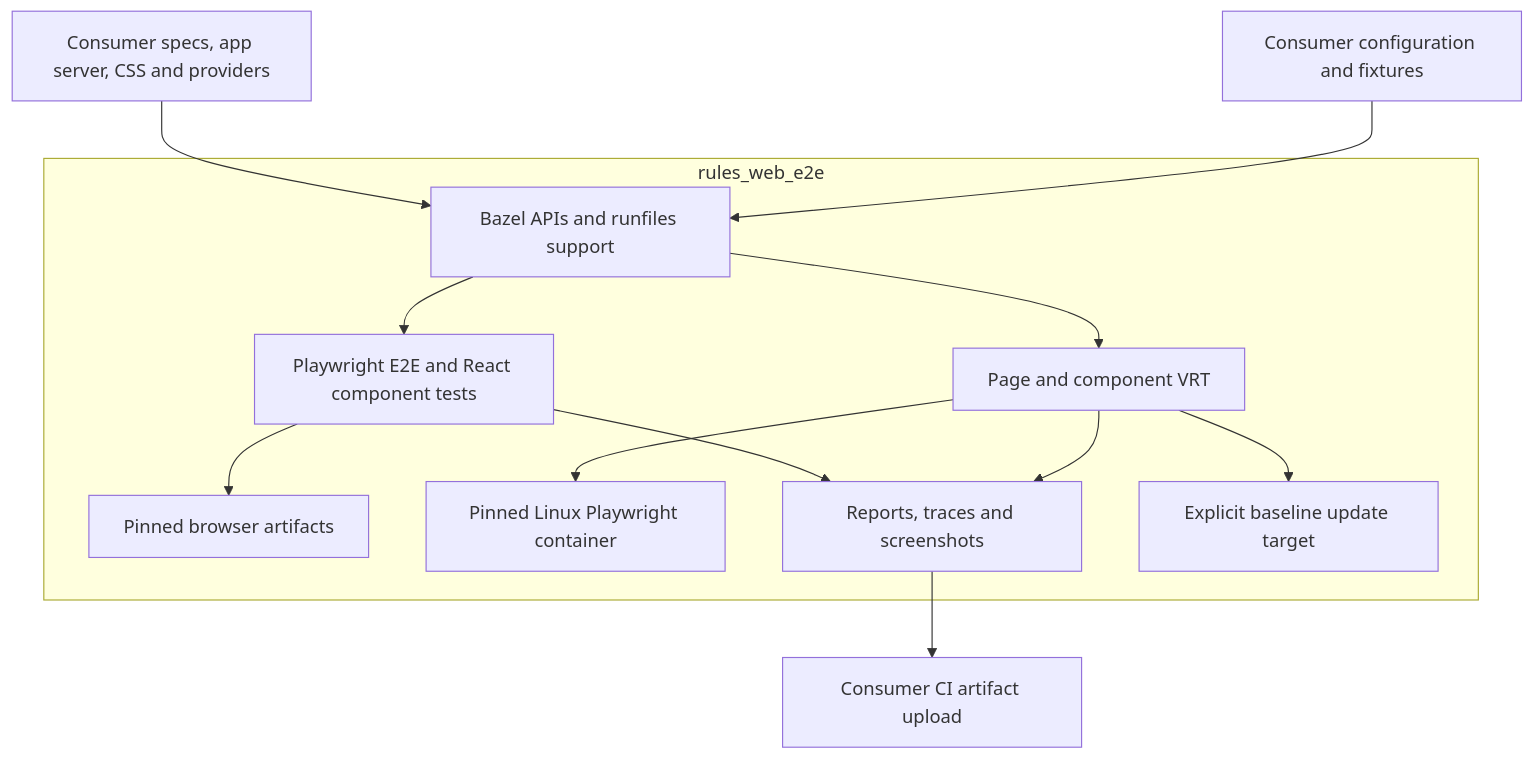
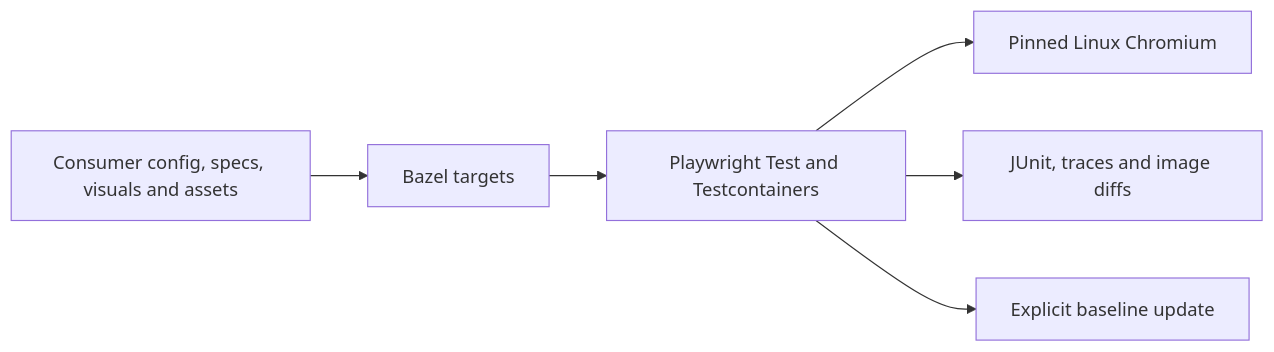
One commit to perplexityai/rules_web_e2e changed the diagram in docs/oss-browser-testing-plan.md. Above: the diagram before and after it, drawn with Mermaid. The commit also changed other lines of this file and 13 other files, not shown here.

First line of the commit message:
docs: document public APIs and consumer setup (#8)

````diff
--- a/docs/oss-browser-testing-plan.md
+++ b/docs/oss-browser-testing-plan.md
@@ -24,16 +11,8 @@
 ```mermaid
-flowchart TD
-  Consumer[Consumer specs, app server, CSS and providers] --> Rules
-  Config[Consumer configuration and fixtures] --> Rules
-  subgraph OSS[rules_web_e2e]
-    Rules[Bazel APIs and runfiles support]
-    Rules --> PW[Playwright E2E and React component tests]
-    Rules --> VRT[Page and component VRT]
-    PW --> Native[Pinned browser artifacts]
-    VRT --> Docker[Pinned Linux Playwright container]
-    PW --> Artifacts[Reports, traces and screenshots]
-    VRT --> Artifacts
-    VRT --> Update[Explicit baseline update target]
-  end
-  Artifacts --> CI[Consumer CI artifact upload]
+flowchart LR
+  Inputs[Consumer config, specs, visuals and assets] --> Rules[Bazel targets]
+  Rules --> Runtime[Playwright Test and Testcontainers]
+  Runtime --> Browser[Pinned Linux Chromium]
+  Runtime --> Reports[JUnit, traces and image diffs]
+  Runtime --> Update[Explicit baseline update]
 ```
````
